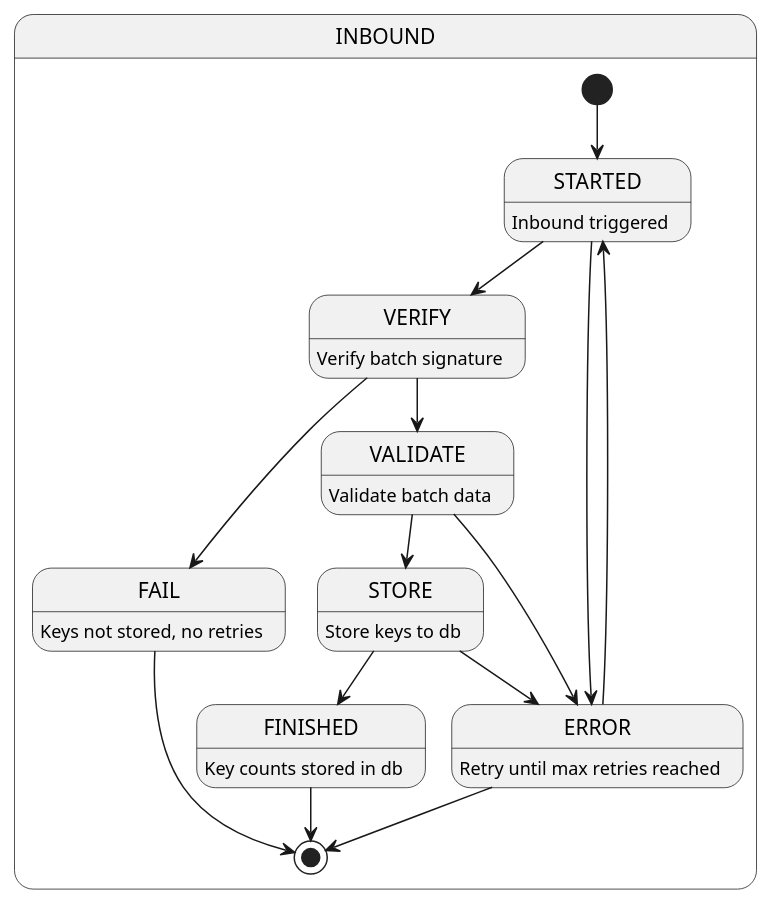
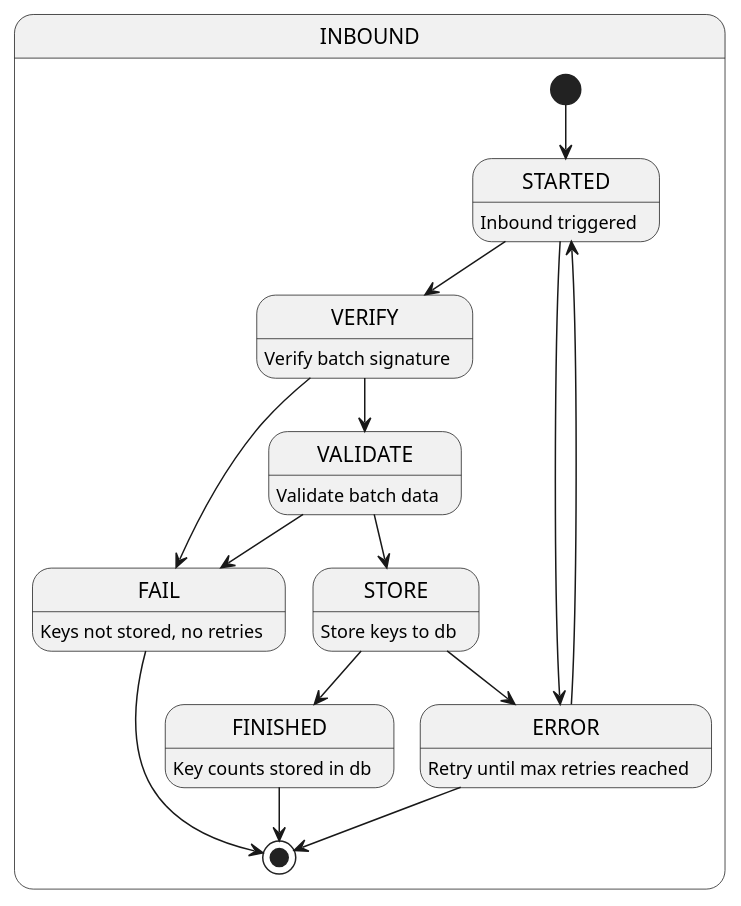
One commit to THLfi/koronavilkku-backend changed the diagram in documentation/plantuml/efgs_inbound.pu. Above: the diagram before and after it, drawn with PlantUML. The commit also changed 2 other files, not shown here.

```diff
--- a/documentation/plantuml/efgs_inbound.pu
+++ b/documentation/plantuml/efgs_inbound.pu
@@ -1,25 +1,25 @@
 @startuml
 
 state INBOUND {
     [*] --> STARTED
     STARTED : Inbound triggered
     STARTED --> VERIFY
     VERIFY : Verify batch signature
     VERIFY --> VALIDATE
     VALIDATE : Validate batch data
     VALIDATE --> STORE
     STORE : Store keys to db
     STORE --> FINISHED
     STARTED --> ERROR
     VERIFY --> FAIL
-    VALIDATE --> ERROR
+    VALIDATE --> FAIL
     STORE --> ERROR
     ERROR --> STARTED
     ERROR : Retry until max retries reached
     FINISHED : Key counts stored in db
     FAIL : Keys not stored, no retries
     FINISHED --> [*]
     ERROR --> [*]
     FAIL --> [*]
 }
 @enduml
```
